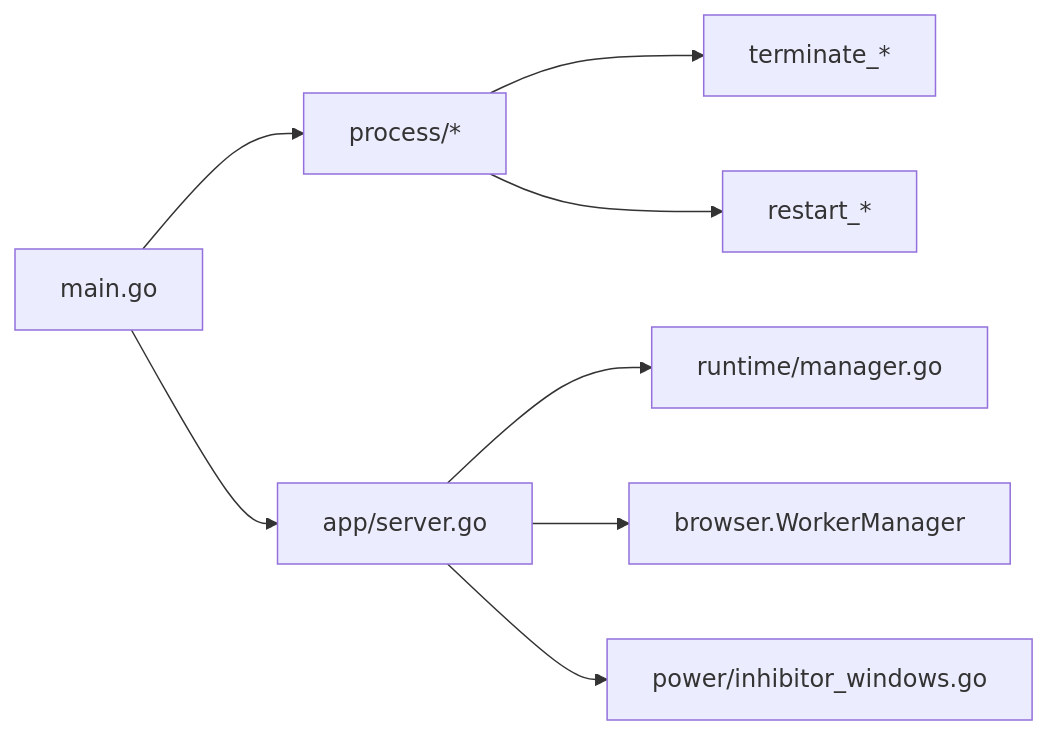
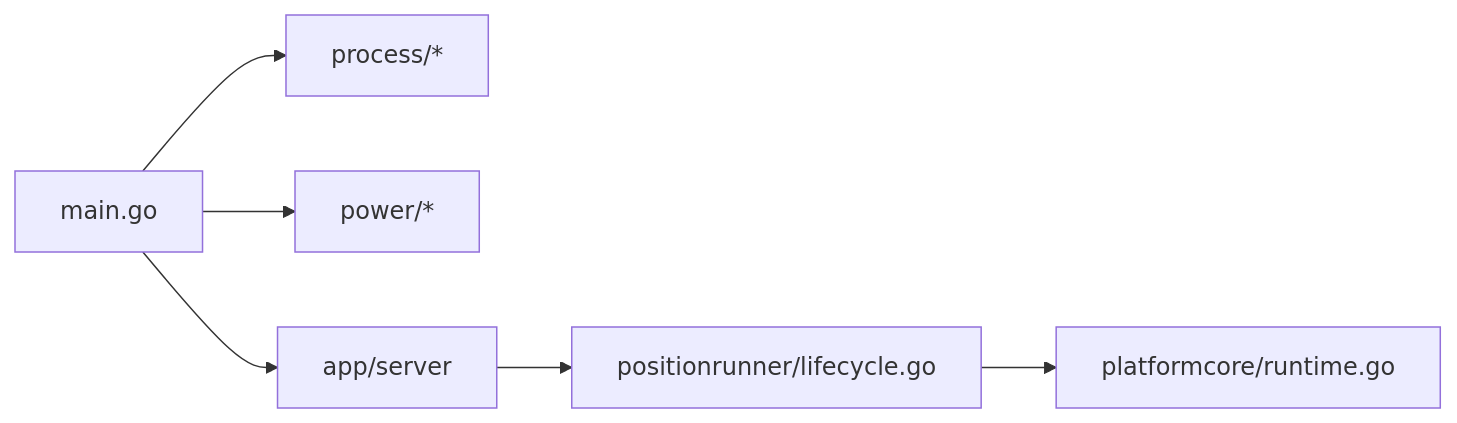
Before and after one commit to alvinwangzi/goodhr: the eighth of 8 diagrams in .qoder/repowiki/zh/content/本地执行器/核心架构/进程控制.md, drawn with Mermaid. The commit also changed other lines of this file and 149 other files, not shown here.

````diff
--- a/.qoder/repowiki/zh/content/本地执行器/核心架构/进程控制.md
+++ b/.qoder/repowiki/zh/content/本地执行器/核心架构/进程控制.md
@@ -343,10 +297,8 @@
 ```mermaid
 graph LR
 Main["main.go"] --> Proc["process/*"]
-Main --> Srv["app/server.go"]
-Srv --> Runtime["runtime/manager.go"]
-Srv --> Worker["browser.WorkerManager"]
-Proc --> Term["terminate_*"]
-Proc --> Restart["restart_*"]
-Srv --> Power["power/inhibitor_windows.go"]
+Main --> Power["power/*"]
+Main --> App["app/server"]
+App --> Life["positionrunner/lifecycle.go"]
+Life --> Plat["platformcore/runtime.go"]
 ```
````
